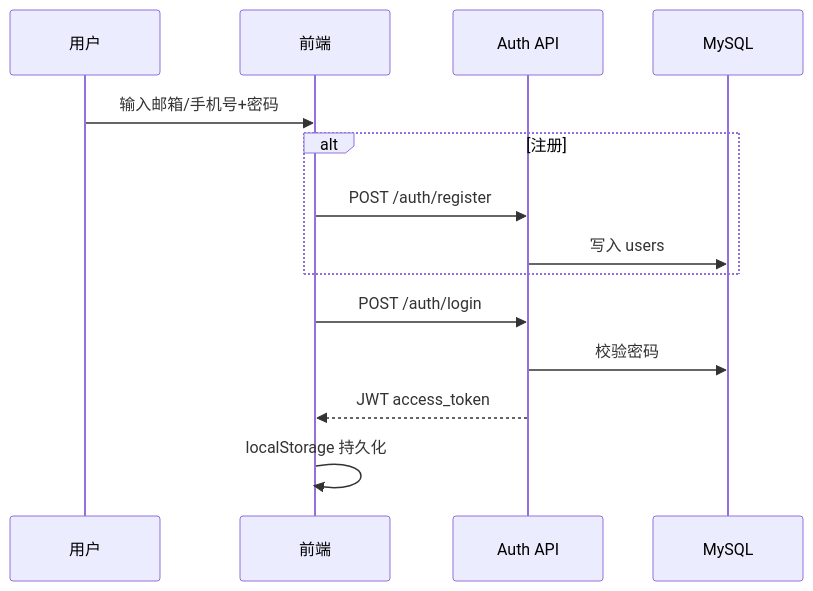
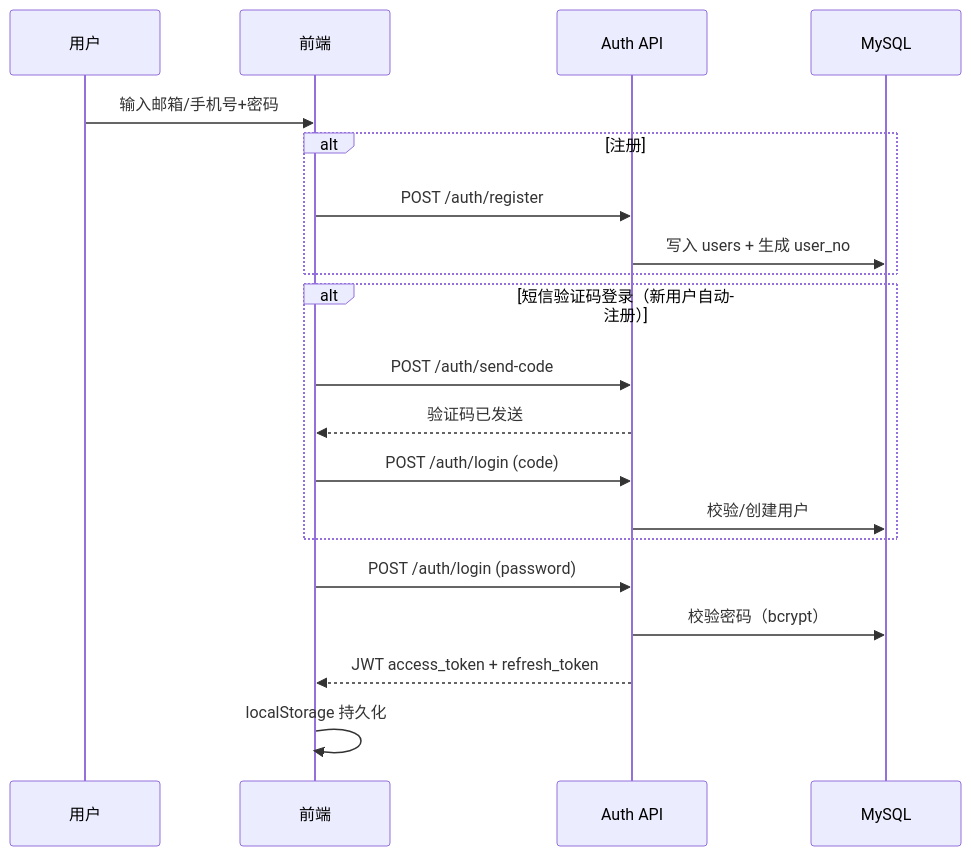
The first of 7 diagrams in docs/业务流程说明.md (tangyu1719/haici-intelligent-customer-service), drawn with Mermaid before and after one commit. The commit also changed other lines of this file and 2 other files, not shown here.

````diff
--- a/docs/业务流程说明.md
+++ b/docs/业务流程说明.md
@@ -5,17 +5,23 @@
 ```mermaid
 sequenceDiagram
     participant U as 用户
     participant F as 前端
     participant A as Auth API
     participant DB as MySQL
 
     U->>F: 输入邮箱/手机号+密码
     alt 注册
         F->>A: POST /auth/register
-        A->>DB: 写入 users
+        A->>DB: 写入 users + 生成 user_no
     end
-    F->>A: POST /auth/login
-    A->>DB: 校验密码
-    A-->>F: JWT access_token
+    alt 短信验证码登录（新用户自动注册）
+        F->>A: POST /auth/send-code
+        A-->>F: 验证码已发送
+        F->>A: POST /auth/login (code)
+        A->>DB: 校验/创建用户
+    end
+    F->>A: POST /auth/login (password)
+    A->>DB: 校验密码（bcrypt）
+    A-->>F: JWT access_token + refresh_token
     F->>F: localStorage 持久化
 ```
````
